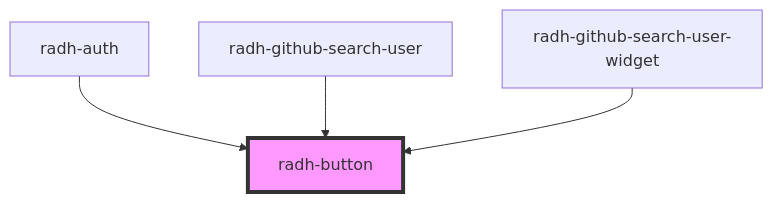
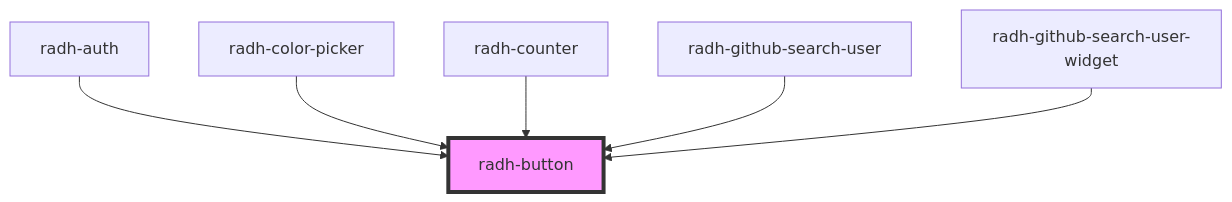
The diagram in src/components/radh-button/readme.md (raguilera82/radh-ui), drawn with Mermaid before and after one commit. The commit also changed other lines of this file and 11 other files, not shown here.

````diff
--- a/src/components/radh-button/readme.md
+++ b/src/components/radh-button/readme.md
@@ -17,7 +19,9 @@
 ```mermaid
 graph TD;
   radh-auth --> radh-button
+  radh-color-picker --> radh-button
+  radh-counter --> radh-button
   radh-github-search-user --> radh-button
   radh-github-search-user-widget --> radh-button
   style radh-button fill:#f9f,stroke:#333,stroke-width:4px
 ```
````
